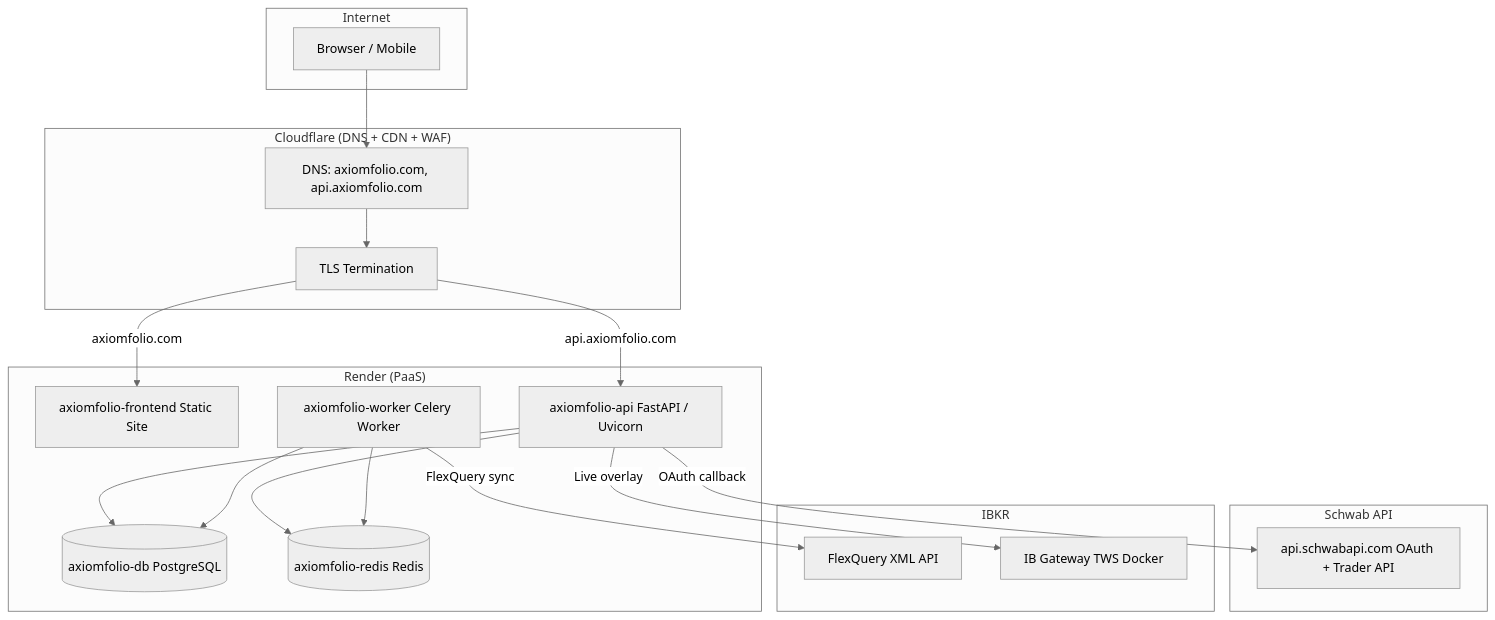
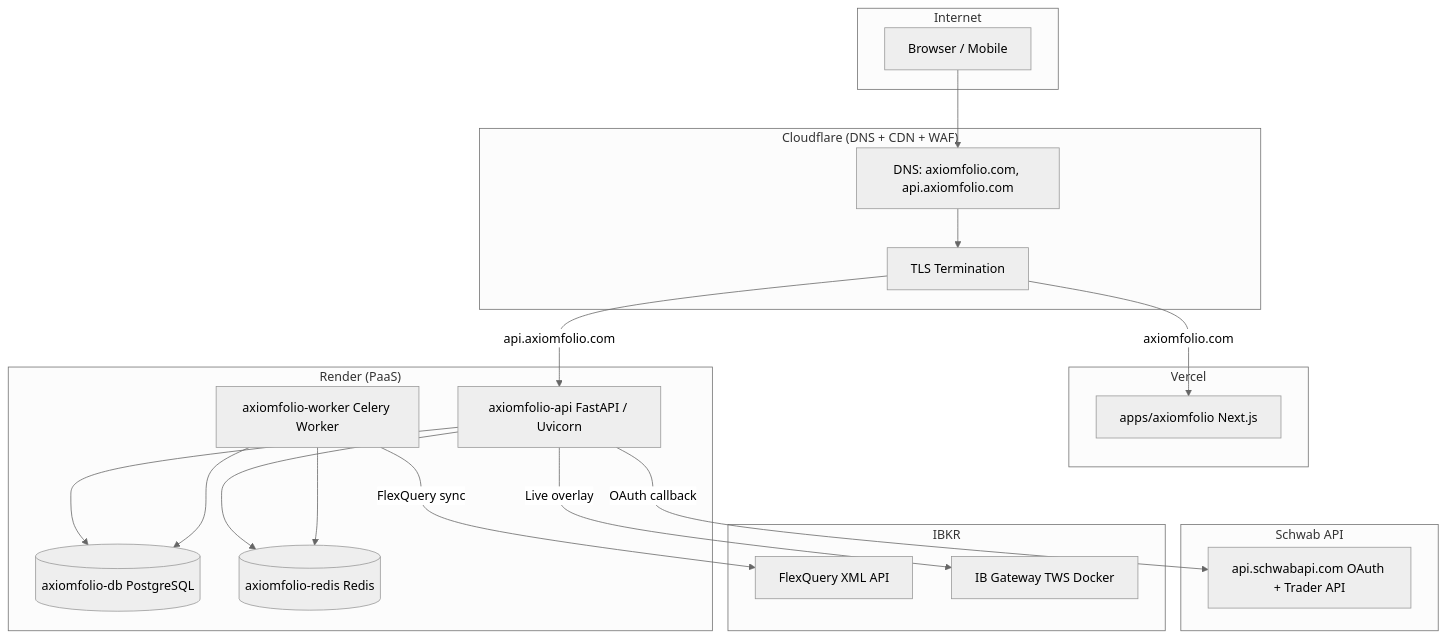
The third of 6 diagrams in docs/axiomfolio/ARCHITECTURE.md (paperwork-labs/paperwork), drawn with Mermaid (neutral theme) before and after one commit. The commit also changed other lines of this file and 3 other files, not shown here.

First line of the commit message:
chore(render): drop axiomfolio-frontend service (Track F4)

````diff
--- a/docs/axiomfolio/ARCHITECTURE.md
+++ b/docs/axiomfolio/ARCHITECTURE.md
@@ -495,41 +495,44 @@
 ```mermaid
 flowchart TB
     subgraph internet [Internet]
         User["Browser / Mobile"]
     end
 
     subgraph cloudflare ["Cloudflare (DNS + CDN + WAF)"]
         CF_DNS["DNS: axiomfolio.com, api.axiomfolio.com"]
         CF_TLS[TLS Termination]
         CF_DNS --> CF_TLS
     end
 
+    subgraph vercel ["Vercel"]
+        AFWeb["apps/axiomfolio Next.js"]
+    end
+
     subgraph render ["Render (PaaS)"]
-        FE["axiomfolio-frontend Static Site"]
         API["axiomfolio-api FastAPI / Uvicorn"]
         Worker["axiomfolio-worker Celery Worker"]
         DB[(axiomfolio-db PostgreSQL)]
         Redis[(axiomfolio-redis Redis)]
 
         API --> DB
         API --> Redis
         Worker --> DB
         Worker --> Redis
     end
 
     subgraph schwab ["Schwab API"]
         SchwabAuth["api.schwabapi.com OAuth + Trader API"]
     end
 
     subgraph ibkr [IBKR]
         FlexQuery[FlexQuery XML API]
         Gateway["IB Gateway TWS Docker"]
     end
 
     User --> CF_DNS
-    CF_TLS -- "axiomfolio.com" --> FE
+    CF_TLS -- "axiomfolio.com" --> AFWeb
     CF_TLS -- "api.axiomfolio.com" --> API
     API -- "OAuth callback" --> SchwabAuth
     Worker -- "FlexQuery sync" --> FlexQuery
     API -- "Live overlay" --> Gateway
 ```
````
